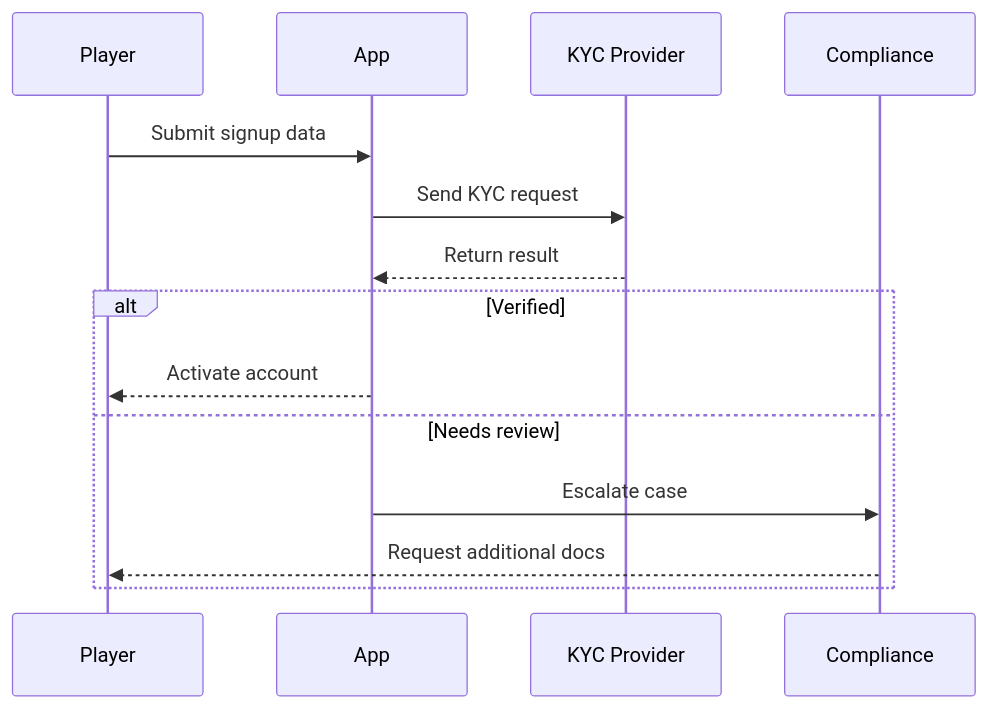
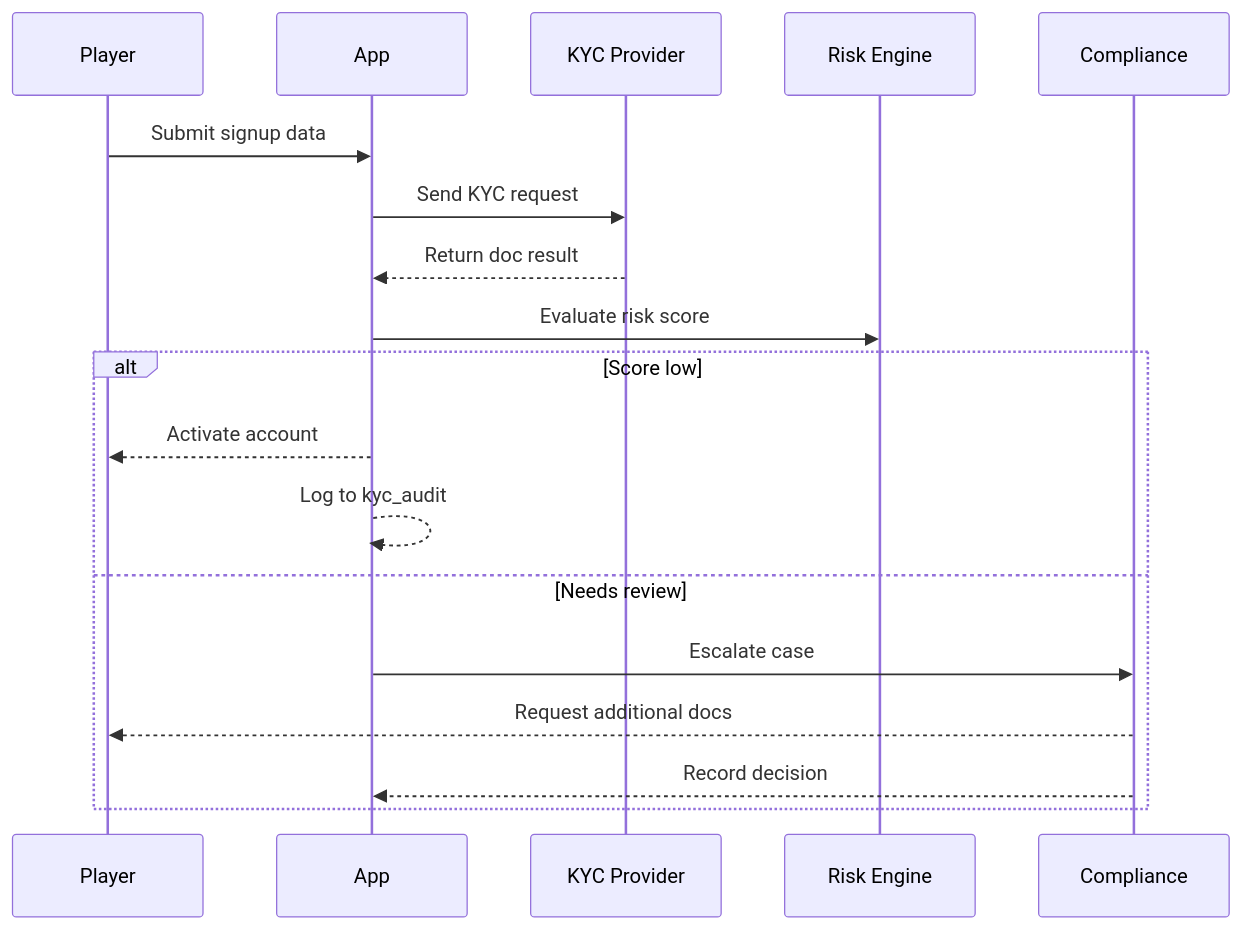
Before and after one commit to Nera26/pokerhub: the first of 3 diagrams in docs/security/kyc-aml-flow.md, drawn with Mermaid. The commit also changed other lines of this file and 3 other files, not shown here.

````diff
--- a/docs/security/kyc-aml-flow.md
+++ b/docs/security/kyc-aml-flow.md
@@ -48,17 +48,21 @@
 ```mermaid
 sequenceDiagram
   participant P as Player
   participant A as App
   participant K as KYC Provider
+  participant R as Risk Engine
   participant C as Compliance
 
   P->>A: Submit signup data
   A->>K: Send KYC request
-  K-->>A: Return result
-  alt Verified
+  K-->>A: Return doc result
+  A->>R: Evaluate risk score
+  alt Score low
     A-->>P: Activate account
+    A-->>A: Log to kyc_audit
   else Needs review
     A->>C: Escalate case
     C-->>P: Request additional docs
+    C-->>A: Record decision
   end
 ```
````
